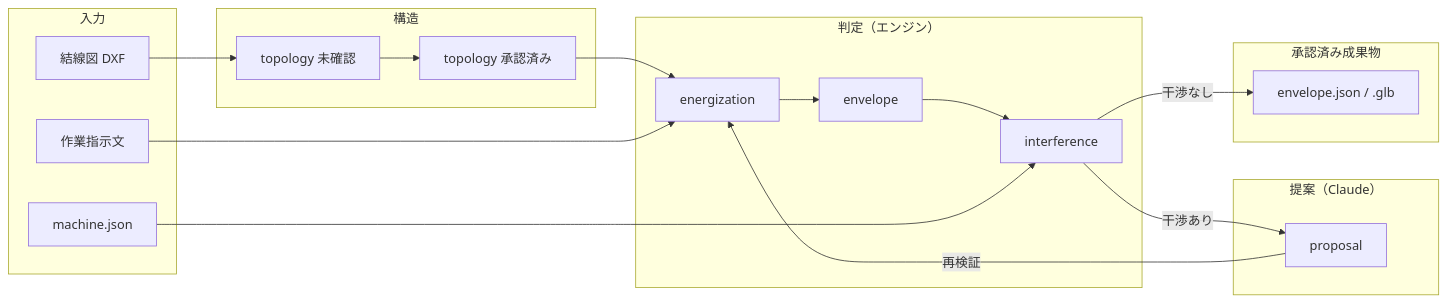
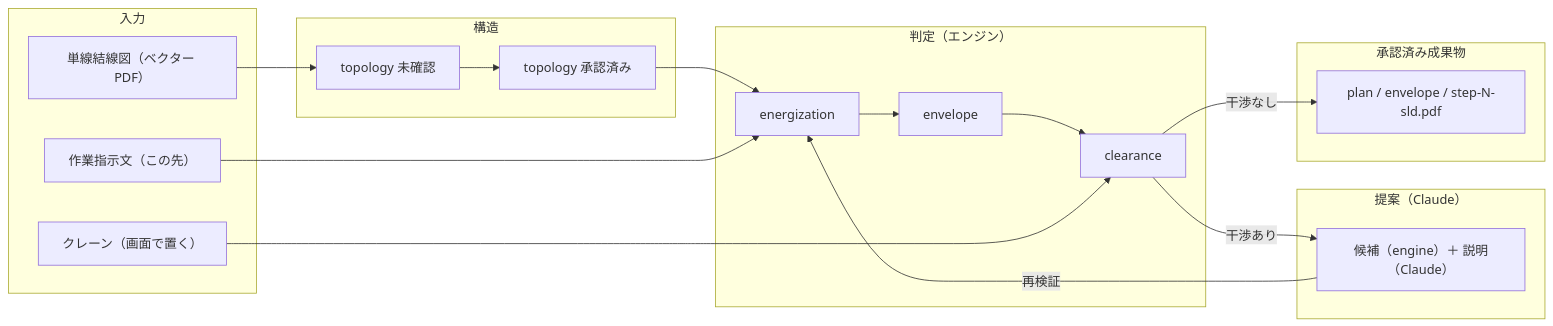
One commit to Daxion1578/Minimum-Approach-Area-Indicator changed the first of 2 diagrams in docs/architecture.md. Above: the diagram before and after it, drawn with Mermaid. The commit also changed other lines of this file and 5 other files, not shown here.

First line of the commit message:
README、動画台本（3 分の秒割り）、仕様 §7/§8/§15 と仕組み図を実装に合わせる。STATUS/TASKS 更新

````diff
--- a/docs/architecture.md
+++ b/docs/architecture.md
@@ -9,26 +9,26 @@
 ```mermaid
 flowchart LR
   subgraph IN["入力"]
-    DXF["結線図 DXF"]
-    TXT["作業指示文"]
-    MACH["machine.json"]
+    PDF["単線結線図（ベクター PDF）"]
+    TXT["作業指示文（この先）"]
+    MACH["クレーン（画面で置く）"]
   end
   subgraph ST["構造"]
     T0["topology 未確認"] --> T1["topology 承認済み"]
   end
   subgraph JD["判定（エンジン）"]
-    EN["energization"] --> EV["envelope"] --> IF["interference"]
+    EN["energization"] --> EV["envelope"] --> IF["clearance"]
   end
   subgraph PR["提案（Claude）"]
-    PP["proposal"]
+    PP["候補（engine）＋ 説明（Claude）"]
   end
   subgraph OUT["承認済み成果物"]
-    AP["envelope.json / .glb"]
+    AP["plan / envelope / step-N-sld.pdf"]
   end
-  DXF --> T0
+  PDF --> T0
   T1 --> EN
   TXT --> EN
   MACH --> IF
   IF -- 干渉あり --> PP -- 再検証 --> EN
   IF -- 干渉なし --> AP
 ```
````
